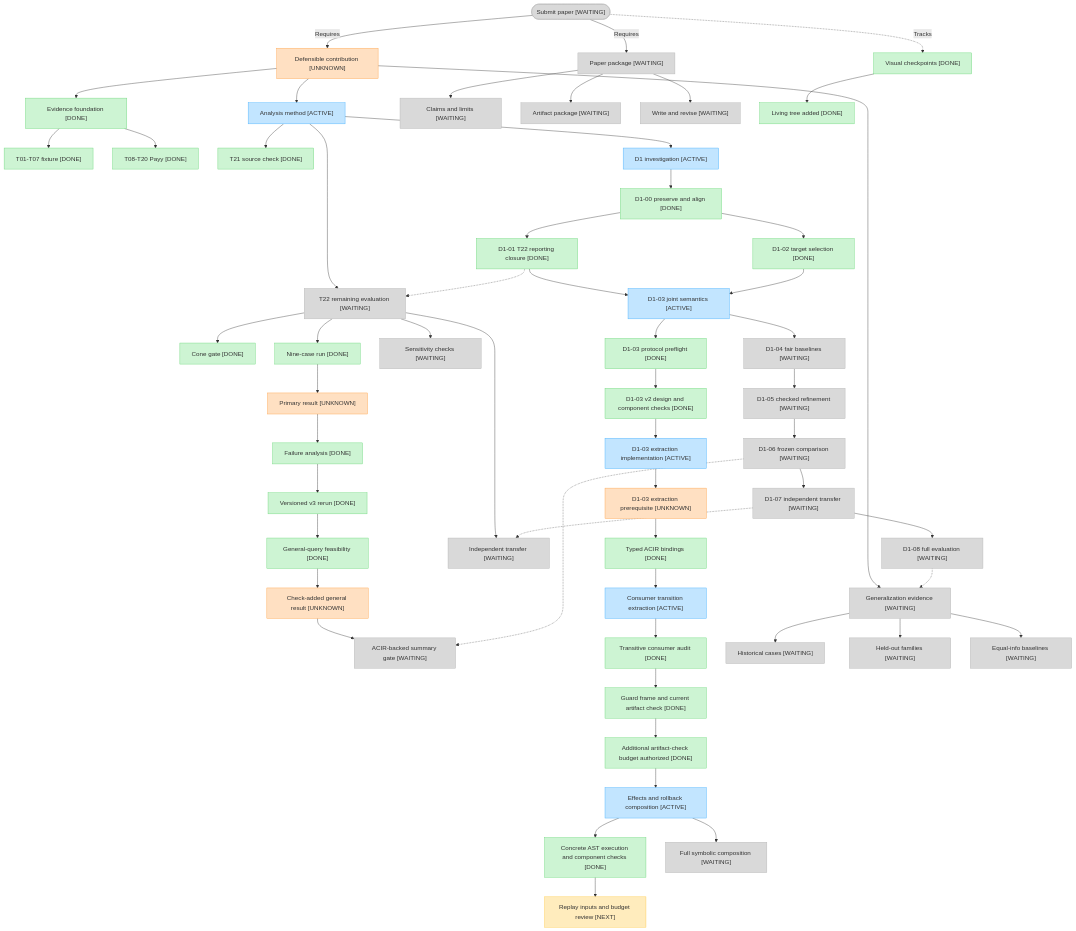
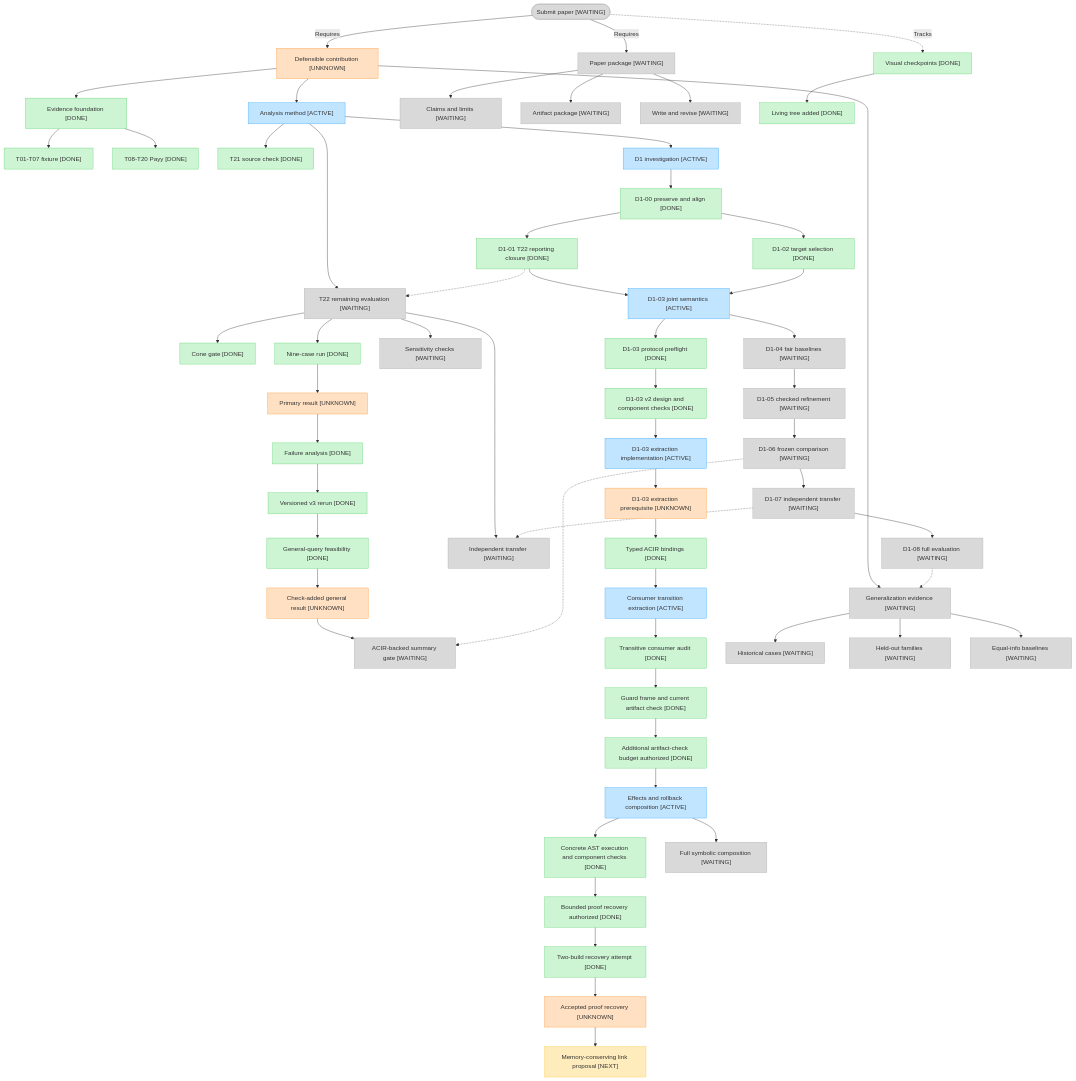
The diagram in docs/project-status.md (imranpollob/BindCheck), drawn with Mermaid before and after one commit. The commit also changed other lines of this file and 13 other files, not shown here.

Commit message:
Record bounded proof recovery and linker resource checkpoint

````diff
--- a/docs/project-status.md
+++ b/docs/project-status.md
@@ -16,79 +16,82 @@
 ```mermaid
 flowchart TD
     submit(["Submit paper [WAITING]"])
     contribution["Defensible contribution [UNKNOWN]"]
     submit -->|"Requires"| contribution
     submit -->|"Requires"| manuscript["Paper package [WAITING]"]
     submit -.->|"Tracks"| tracking["Visual checkpoints [DONE]"]
 
     contribution --> foundation["Evidence foundation [DONE]"]
     contribution --> analysis["Analysis method [ACTIVE]"]
     contribution --> evaluation["Generalization evidence [WAITING]"]
 
     foundation --> fixture["T01-T07 fixture [DONE]"]
     foundation --> payy["T08-T20 Payy [DONE]"]
 
     analysis --> sourceCheck["T21 source check [DONE]"]
     analysis --> t22["T22 remaining evaluation [WAITING]"]
     t22 --> coneGate["Cone gate [DONE]"]
     t22 --> nineCases["Nine-case run [DONE]"]
     nineCases --> primaryResult["Primary result [UNKNOWN]"]
     primaryResult --> failureAnalysis["Failure analysis [DONE]"]
     failureAnalysis --> v3Rerun["Versioned v3 rerun [DONE]"]
     v3Rerun --> generalGate["General-query feasibility [DONE]"]
     generalGate --> generalResult["Check-added general result [UNKNOWN]"]
     generalResult --> acirSummary["ACIR-backed summary gate [WAITING]"]
     t22 --> transferCase["Independent transfer [WAITING]"]
     t22 --> sensitivity["Sensitivity checks [WAITING]"]
 
     analysis --> d1["D1 investigation [ACTIVE]"]
     d1 --> d100["D1-00 preserve and align [DONE]"]
     d100 --> d101["D1-01 T22 reporting closure [DONE]"]
     d100 --> d102["D1-02 target selection [DONE]"]
     d101 --> d103["D1-03 joint semantics [ACTIVE]"]
     d102 --> d103
     d103 --> d103preflight["D1-03 protocol preflight [DONE]"]
     d103preflight --> d103review["D1-03 v2 design and component checks [DONE]"]
     d103review --> d103impl["D1-03 extraction implementation [ACTIVE]"]
     d103impl --> d103gate["D1-03 extraction prerequisite [UNKNOWN]"]
     d103gate --> d103typed["Typed ACIR bindings [DONE]"]
     d103typed --> d103consumer["Consumer transition extraction [ACTIVE]"]
     d103consumer --> d103boundary["Transitive consumer audit [DONE]"]
     d103boundary --> d103guardreview["Guard frame and current artifact check [DONE]"]
     d103guardreview --> d103guards["Additional artifact-check budget authorized [DONE]"]
     d103guards --> d103effects["Effects and rollback composition [ACTIVE]"]
     d103effects --> d103concrete["Concrete AST execution and component checks [DONE]"]
-    d103concrete --> d103replayreview["Replay inputs and budget review [NEXT]"]
+    d103concrete --> d103replayreview["Bounded proof recovery authorized [DONE]"]
+    d103replayreview --> d103recovery["Two-build recovery attempt [DONE]"]
+    d103recovery --> d103recoveryresult["Accepted proof recovery [UNKNOWN]"]
+    d103recoveryresult --> d103linkreview["Memory-conserving link proposal [NEXT]"]
     d103effects --> d103symbolic["Full symbolic composition [WAITING]"]
     d103 --> d104["D1-04 fair baselines [WAITING]"]
     d104 --> d105["D1-05 checked refinement [WAITING]"]
     d105 --> d106["D1-06 frozen comparison [WAITING]"]
     d106 --> d107["D1-07 independent transfer [WAITING]"]
     d107 --> d108["D1-08 full evaluation [WAITING]"]
     d101 -.-> t22
     d106 -.-> acirSummary
     d107 -.-> transferCase
     d108 -.-> evaluation
 
     evaluation --> history["Historical cases [WAITING]"]
     evaluation --> heldOut["Held-out families [WAITING]"]
     evaluation --> baselines["Equal-info baselines [WAITING]"]
 
     manuscript --> claims["Claims and limits [WAITING]"]
     manuscript --> artifacts["Artifact package [WAITING]"]
     manuscript --> draft["Write and revise [WAITING]"]
 
     tracking --> livingTree["Living tree added [DONE]"]
 
     classDef done fill:#CDF4D3,stroke:#66D575
     classDef active fill:#C2E5FF,stroke:#3DADFF
     classDef next fill:#FFECBD,stroke:#FFC943
     classDef waiting fill:#D9D9D9,stroke:#B3B3B3
     classDef unknown fill:#FFE0C2,stroke:#FF9E42
 
-    class foundation,fixture,payy,sourceCheck,coneGate,nineCases,failureAnalysis,v3Rerun,generalGate,tracking,livingTree,d100,d101,d102,d103preflight,d103review,d103typed,d103boundary,d103guards,d103guardreview,d103concrete done
+    class foundation,fixture,payy,sourceCheck,coneGate,nineCases,failureAnalysis,v3Rerun,generalGate,tracking,livingTree,d100,d101,d102,d103preflight,d103review,d103typed,d103boundary,d103guards,d103guardreview,d103concrete,d103replayreview,d103recovery done
     class analysis,d1,d103,d103impl,d103consumer,d103effects active
-    class d103replayreview next
+    class d103linkreview next
     class evaluation,history,heldOut,baselines,manuscript,claims,artifacts,draft,transferCase,sensitivity,submit,t22,acirSummary,d104,d105,d106,d107,d108,d103symbolic waiting
-    class contribution,primaryResult,generalResult,d103gate unknown
+    class contribution,primaryResult,generalResult,d103gate,d103recoveryresult unknown
 ```
````
